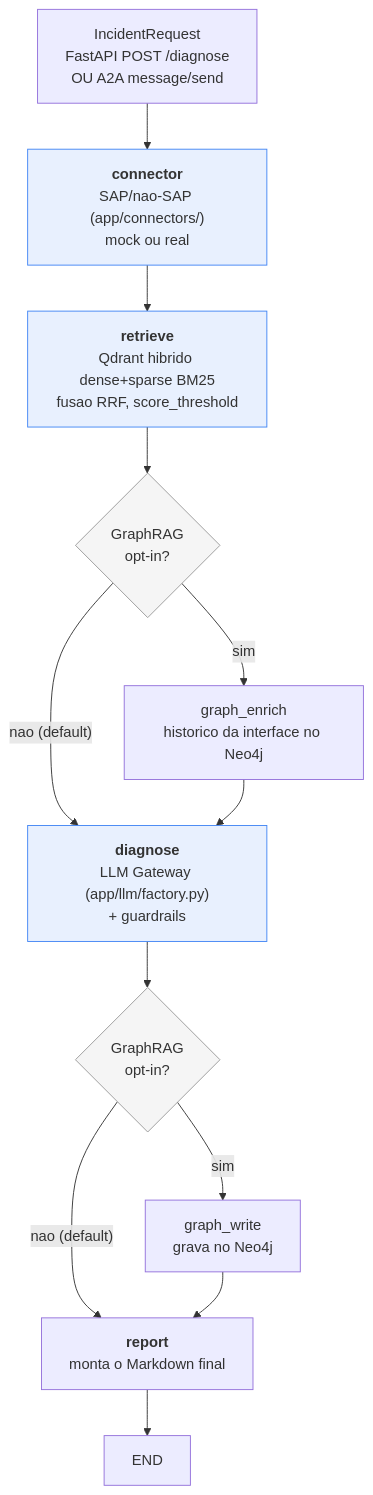
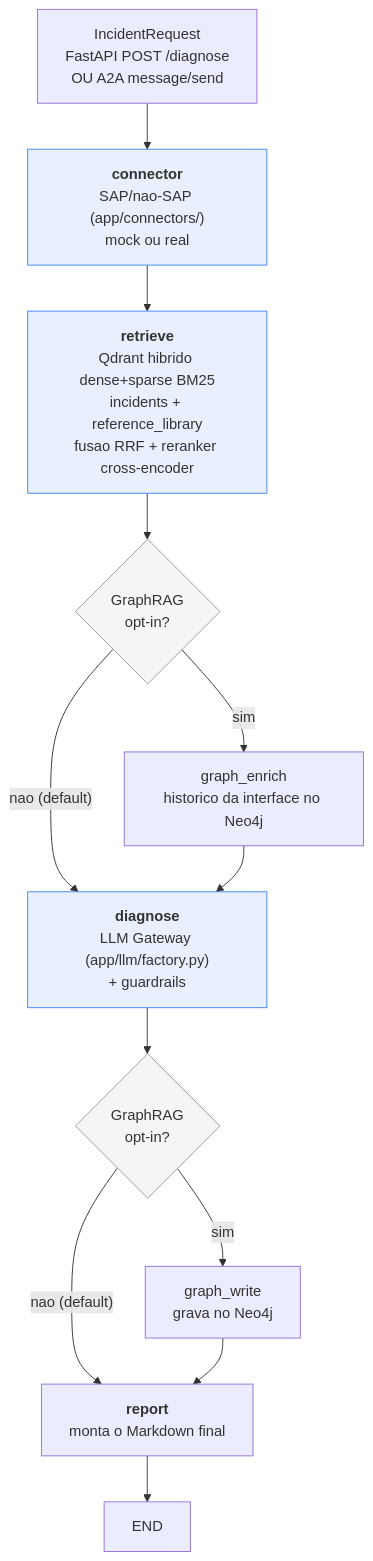
The diagram in docs/ARCHITECTURE.md (marcos-slima/integration-incident-copilot), drawn with Mermaid before and after one commit. The commit also changed other lines of this file and 5 other files, not shown here.

````diff
--- a/docs/ARCHITECTURE.md
+++ b/docs/ARCHITECTURE.md
@@ -10,20 +10,20 @@
 ```mermaid
 flowchart TD
     A["IncidentRequest<br/>FastAPI POST /diagnose<br/>OU A2A message/send"] --> B["<b>connector</b><br/>SAP/nao-SAP (app/connectors/)<br/>mock ou real"]
-    B --> C["<b>retrieve</b><br/>Qdrant hibrido dense+sparse BM25<br/>fusao RRF, score_threshold"]
+    B --> C["<b>retrieve</b><br/>Qdrant hibrido dense+sparse BM25<br/>incidents + reference_library<br/>fusao RRF + reranker cross-encoder"]
     C --> D{"GraphRAG<br/>opt-in?"}
     D -->|"sim"| E["graph_enrich<br/>historico da interface no Neo4j"]
     D -->|"nao (default)"| F["<b>diagnose</b><br/>LLM Gateway (app/llm/factory.py)<br/>+ guardrails"]
     E --> F
     F --> G{"GraphRAG<br/>opt-in?"}
     G -->|"sim"| H["graph_write<br/>grava no Neo4j"]
     G -->|"nao (default)"| I["<b>report</b><br/>monta o Markdown final"]
     H --> I
     I --> J["END"]
 
     style D fill:#f5f5f5,stroke:#999
     style G fill:#f5f5f5,stroke:#999
     style B fill:#e8f0fe,stroke:#4285f4
     style C fill:#e8f0fe,stroke:#4285f4
     style F fill:#e8f0fe,stroke:#4285f4
 ```
````
